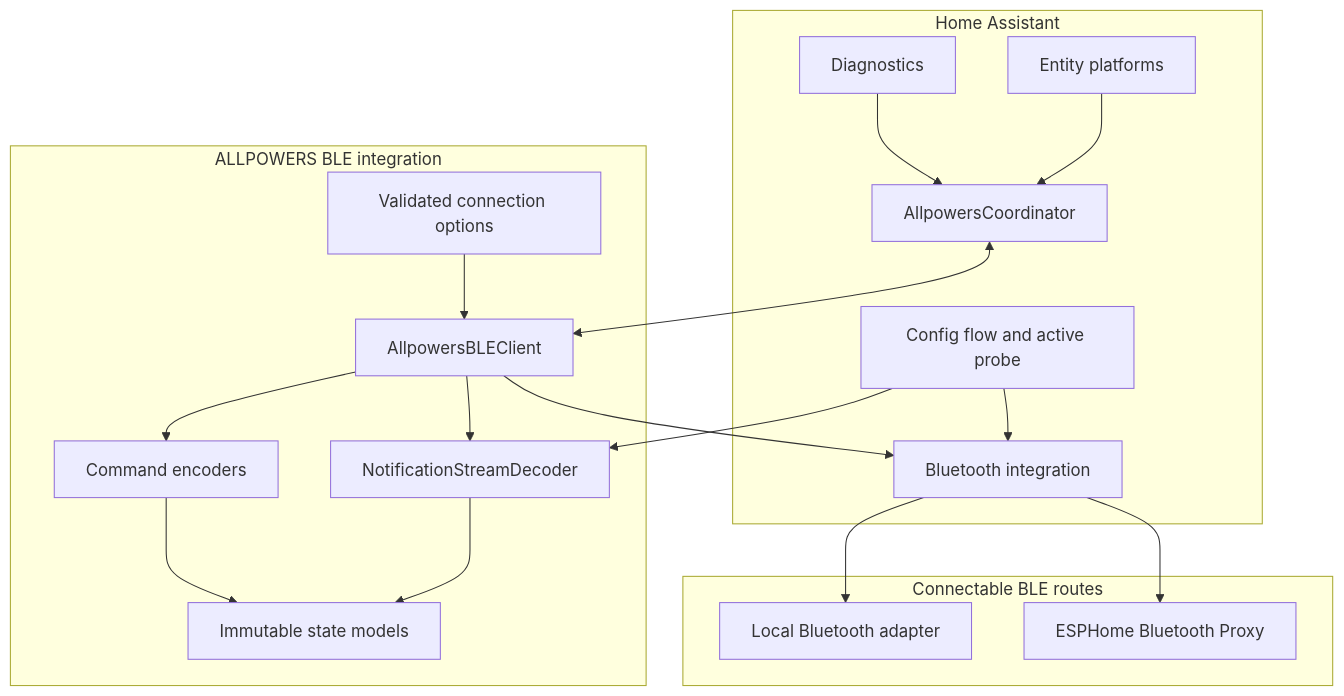
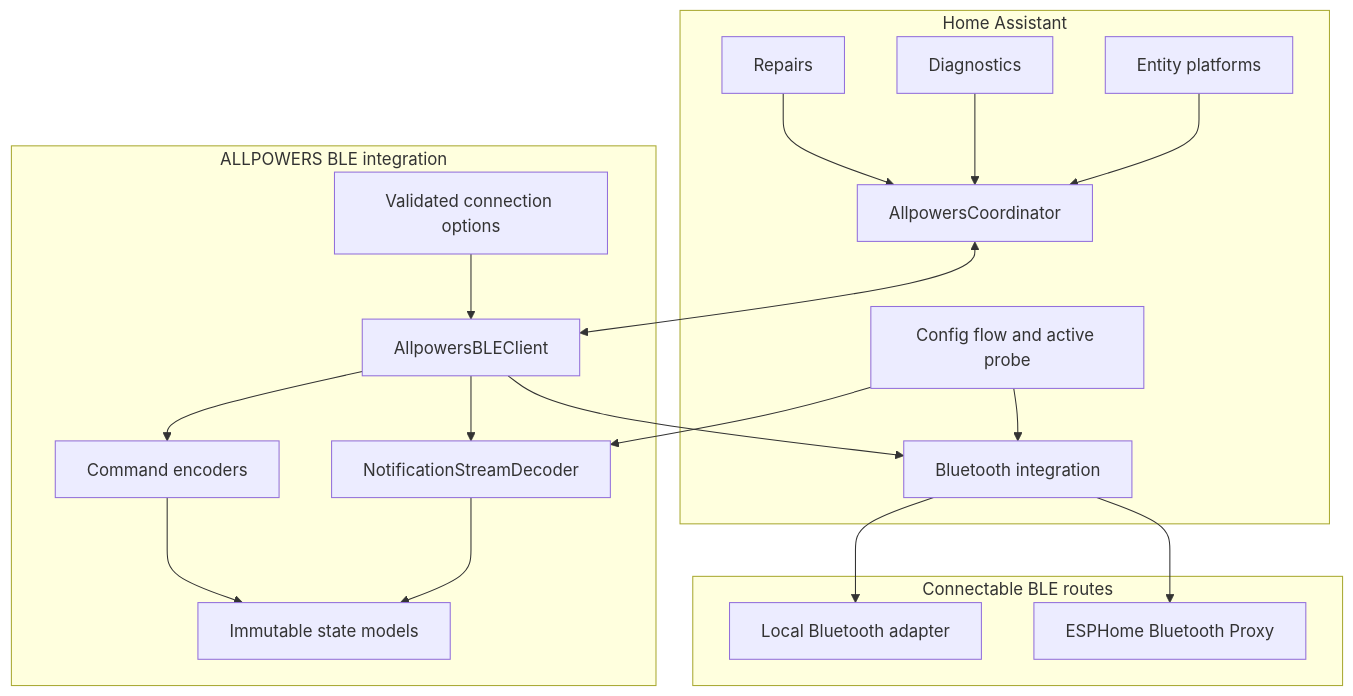
Before and after one commit to dedalodaelus/home-assistant-allpowers-ble: the first of 3 diagrams in docs/architecture/implementation-architecture.md, drawn with Mermaid. The commit also changed other lines of this file and 20 other files, not shown here.

````diff
--- a/docs/architecture/implementation-architecture.md
+++ b/docs/architecture/implementation-architecture.md
@@ -17,37 +17,39 @@
 ```mermaid
 flowchart TB
     subgraph HA[Home Assistant]
         CF[Config flow and active probe]
         ENT[Entity platforms]
         DIA[Diagnostics]
+    REP[Repairs]
         CO[AllpowersCoordinator]
         BT[Bluetooth integration]
     end
 
     subgraph INT[ALLPOWERS BLE integration]
         CL[AllpowersBLEClient]
         DEC[NotificationStreamDecoder]
         ENC[Command encoders]
         MOD[Immutable state models]
         OPT[Validated connection options]
     end
 
     subgraph PATH[Connectable BLE routes]
         LOCAL[Local Bluetooth adapter]
         PROXY[ESPHome Bluetooth Proxy]
     end
 
     CF --> BT
     CF --> DEC
     ENT --> CO
     DIA --> CO
+    REP --> CO
     CO <--> CL
     CL --> BT
     BT --> LOCAL
     BT --> PROXY
     CL --> DEC
     CL --> ENC
     DEC --> MOD
     ENC --> MOD
     OPT --> CL
 ```
````
